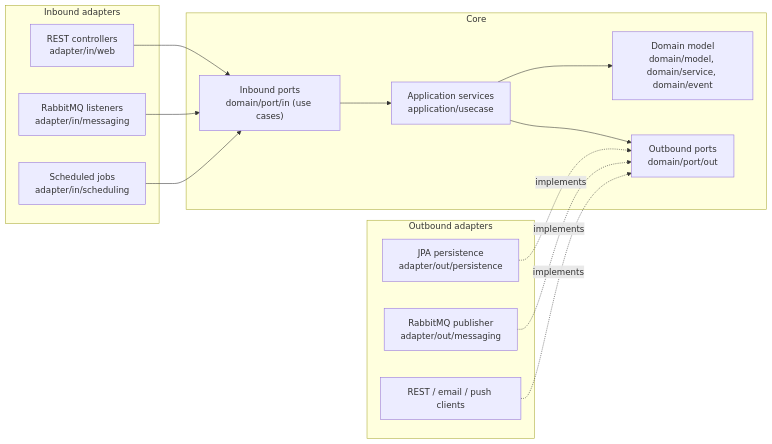
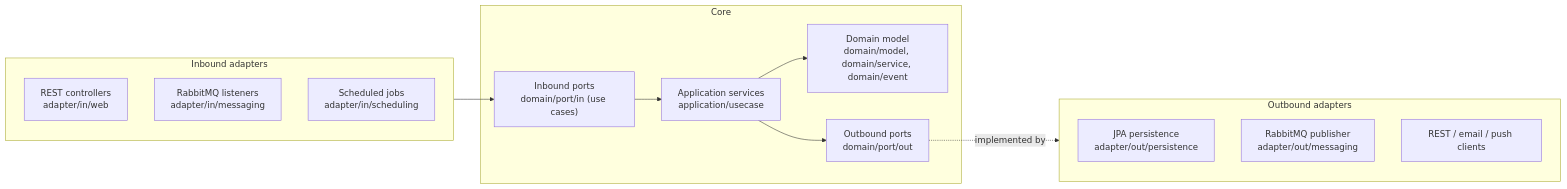
Before and after one commit to BrayanCABRERA123/lavarapido-docs: the third of 20 diagrams in 04_DOCUMENTACION_DE_DISENO_DEL_SOFTWARE/EN/MD/software-design-documentation.md, drawn with Mermaid. The commit also changed other lines of this file and 5 other files, not shown here.

````diff
--- a/04_DOCUMENTACION_DE_DISENO_DEL_SOFTWARE/EN/MD/software-design-documentation.md
+++ b/04_DOCUMENTACION_DE_DISENO_DEL_SOFTWARE/EN/MD/software-design-documentation.md
@@ -331,27 +331,24 @@
 ```mermaid
 flowchart LR
   subgraph IN["Inbound adapters"]
     W["REST controllers<br/>adapter/in/web"]
     M["RabbitMQ listeners<br/>adapter/in/messaging"]
     S["Scheduled jobs<br/>adapter/in/scheduling"]
   end
   subgraph CORE["Core"]
     PI["Inbound ports<br/>domain/port/in (use cases)"]
     UC["Application services<br/>application/usecase"]
     D["Domain model<br/>domain/model, domain/service, domain/event"]
     PO["Outbound ports<br/>domain/port/out"]
   end
   subgraph OUT["Outbound adapters"]
     P["JPA persistence<br/>adapter/out/persistence"]
     R["RabbitMQ publisher<br/>adapter/out/messaging"]
     H["REST / email / push clients"]
   end
-  W --> PI
-  M --> PI
-  S --> PI
-  PI --> UC --> D
+  IN --> PI
+  PI --> UC
+  UC --> D
   UC --> PO
-  P -.implements.-> PO
-  R -.implements.-> PO
-  H -.implements.-> PO
+  PO -. "implemented by" .-> OUT
 ```
````
